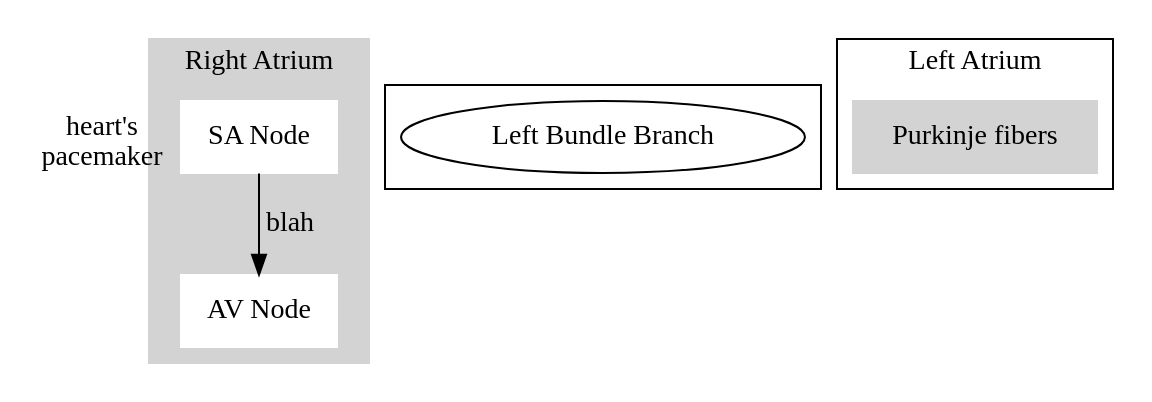
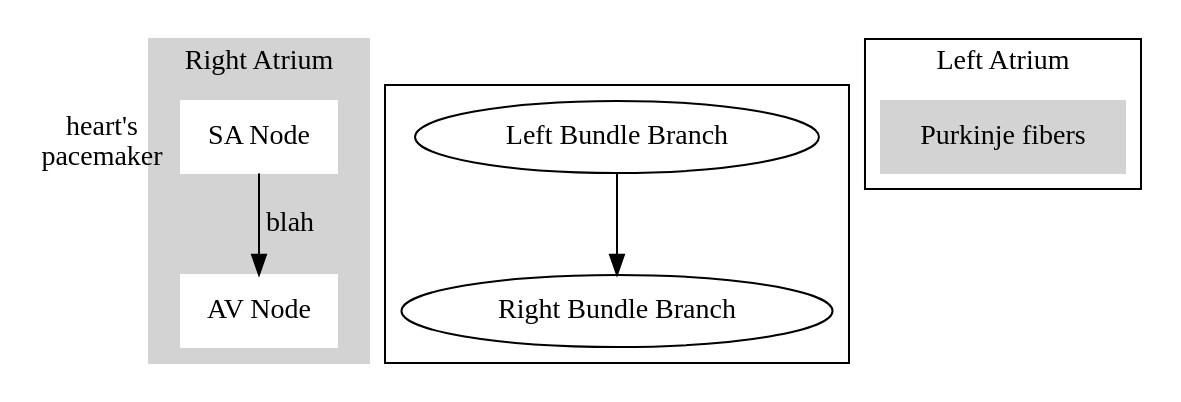
One commit to meirisoda/school_spring2024 changed the diagram in NURS380_Practicum/Topics/EKG/EKG and Rhythms.md. Above: the diagram before and after it, drawn with Graphviz.

Commit message:
vault backup: 2024-02-19 16:56:45

````diff
--- a/NURS380_Practicum/Topics/EKG/EKG and Rhythms.md
+++ b/NURS380_Practicum/Topics/EKG/EKG and Rhythms.md
@@ -175,25 +175,30 @@
 ```dot
 digraph G {
 	subgraph cluster_0{
 		label="Right Atrium";
 		style=filled;
 		color=lightgrey;
 		node [style=filled,color=white];
 		orientation=L;
 		A [label="SA Node", xlabel="heart's\npacemaker", shape=box];
 		B [label="AV Node", shape=box];
 		
 		A -> B [label="blah"];
 	}
+	
 	subgraph cluster_1 {
-		D1 [label="Left Bundle Branch"]
+		D1 [label="Left Bundle Branch"];
+		D2 [label="Right Bundle Branch"];
+
+		D1 -> D2
 	}
+	
 	subgraph cluster_2 {
 		label="Left Atrium";
 		node [style=filled, color=lightgrey];
 		C [label="Purkinje fibers", shape=box];
 	}
 
 	
 }
 ```
````
